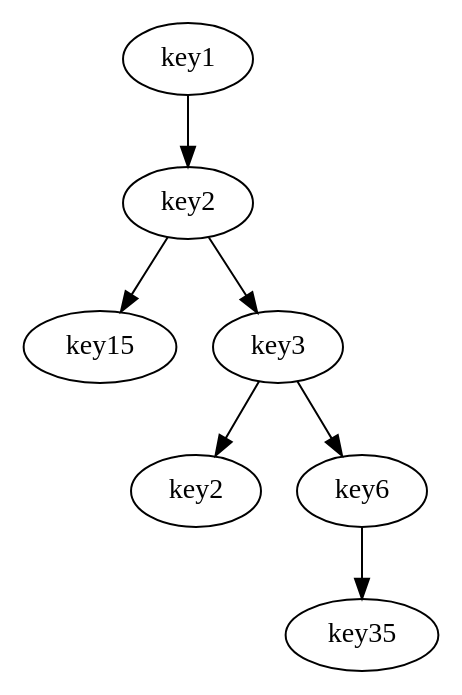
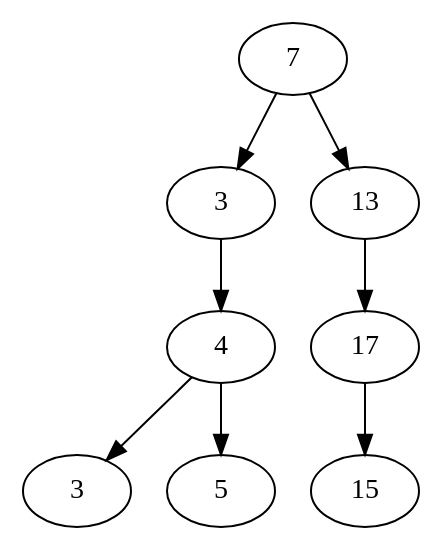
Before and after one commit to menellyn/algoritms: the diagram in lab_4a/tree.dot, drawn with Graphviz. The commit also changed 2 other files, not shown here.

```diff
--- a/lab_4a/tree.dot
+++ b/lab_4a/tree.dot
@@ -1,21 +1,24 @@
 digraph tree{
-key11 [label=key1] ;
-key21 [label=key2] ;
-key11->key21;
-key21 [label=key2] ;
-key151 [label=key15] ;
-key21->key151;
-key31 [label=key3] ;
-key21->key31;
-key151 [label=key15] ;
-key31 [label=key3] ;
-key22 [label=key2] ;
-key31->key22;
-key61 [label=key6] ;
-key31->key61;
-key22 [label=key2] ;
-key61 [label=key6] ;
-key351 [label=key35] ;
-key61->key351;
-key351 [label=key35] ;
+71 [label=7] ;
+31 [label=3] ;
+71->31;
+131 [label=13] ;
+71->131;
+31 [label=3] ;
+41 [label=4] ;
+31->41;
+131 [label=13] ;
+171 [label=17] ;
+131->171;
+41 [label=4] ;
+32 [label=3] ;
+41->32;
+51 [label=5] ;
+41->51;
+171 [label=17] ;
+151 [label=15] ;
+171->151;
+32 [label=3] ;
+51 [label=5] ;
+151 [label=15] ;
 }
```
